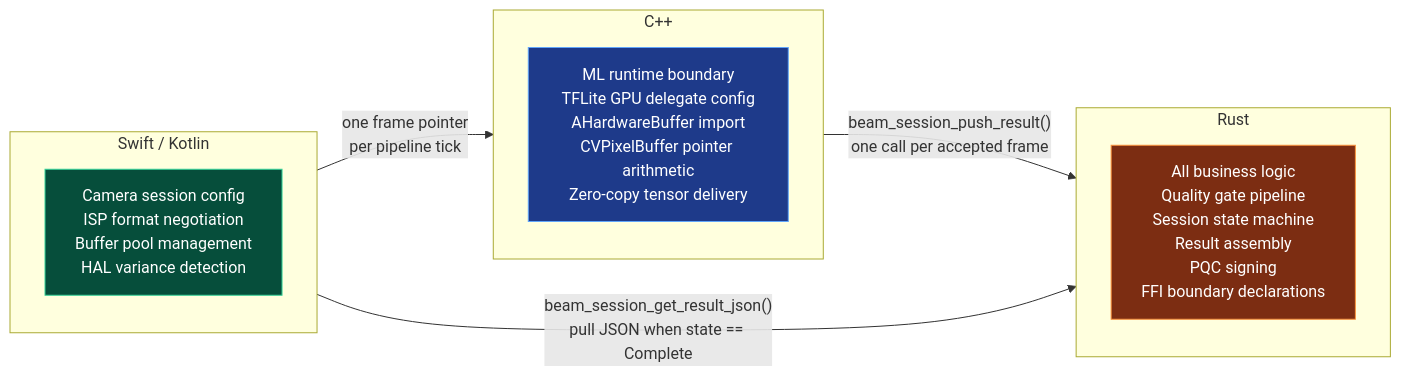
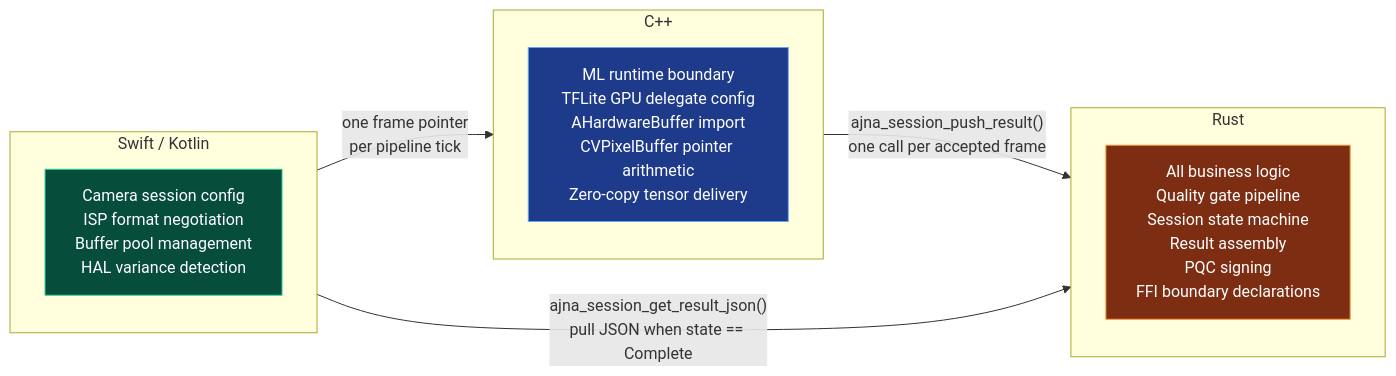
Before and after one commit to NeoOne601/beam-sdk: the second of 11 diagrams in README.md, drawn with Mermaid. The commit also changed other lines of this file and 146 other files, not shown here.

First line of the commit message:
refactor: rebrand Beam to Ajna across workspace, FFI, platform bridges, and docs

````diff
--- a/README.md
+++ b/README.md
@@ -73,25 +73,25 @@
 ```mermaid
 flowchart LR
     subgraph SWIFT["Swift / Kotlin"]
         S1["Camera session config\nISP format negotiation\nBuffer pool management\nHAL variance detection"]
     end
 
     subgraph CPP["C++"]
         C1["ML runtime boundary\nTFLite GPU delegate config\nAHardwareBuffer import\nCVPixelBuffer pointer arithmetic\nZero-copy tensor delivery"]
     end
 
     subgraph RUST["Rust"]
         R1["All business logic\nQuality gate pipeline\nSession state machine\nResult assembly\nPQC signing\nFFI boundary declarations"]
     end
 
     SWIFT -->|"one frame pointer\nper pipeline tick"| CPP
-    CPP -->|"beam_session_push_result()\none call per accepted frame"| RUST
-    SWIFT -->|"beam_session_get_result_json()\npull JSON when state == Complete"| RUST
+    CPP -->|"ajna_session_push_result()\none call per accepted frame"| RUST
+    SWIFT -->|"ajna_session_get_result_json()\npull JSON when state == Complete"| RUST
 
     classDef swift fill:#064e3b,stroke:#34d399,color:#fff
     classDef cpp fill:#1e3a8a,stroke:#60a5fa,color:#fff
     classDef rust fill:#7c2d12,stroke:#fb923c,color:#fff
     class S1 swift
     class C1 cpp
     class R1 rust
 ```
````
